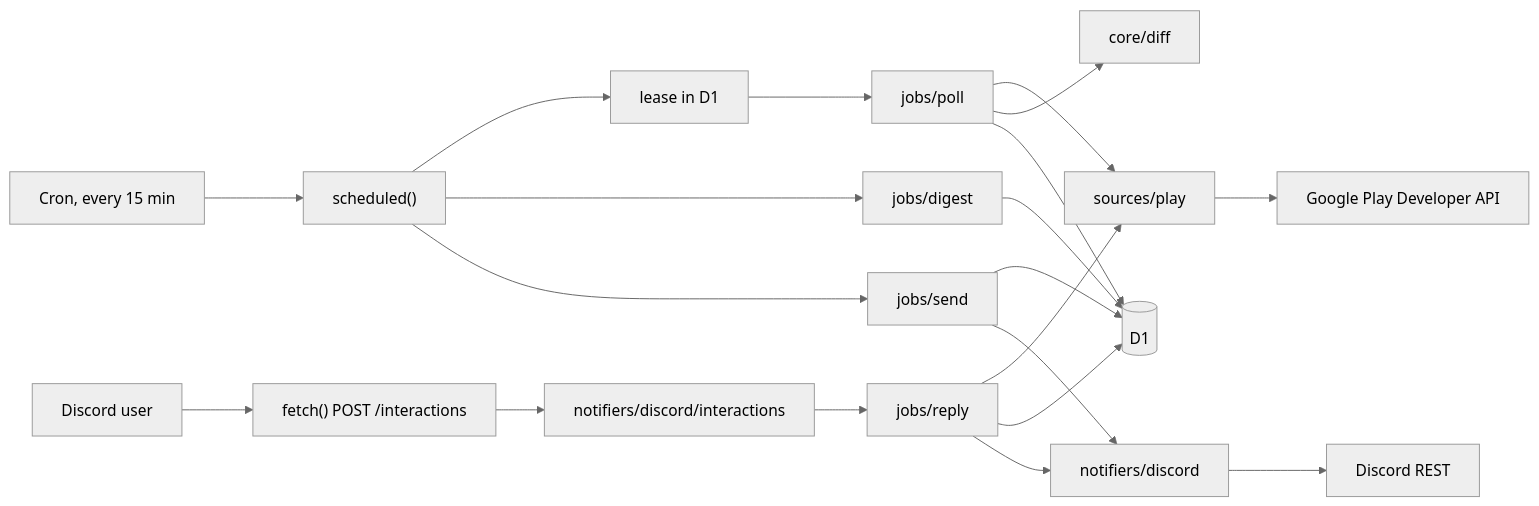
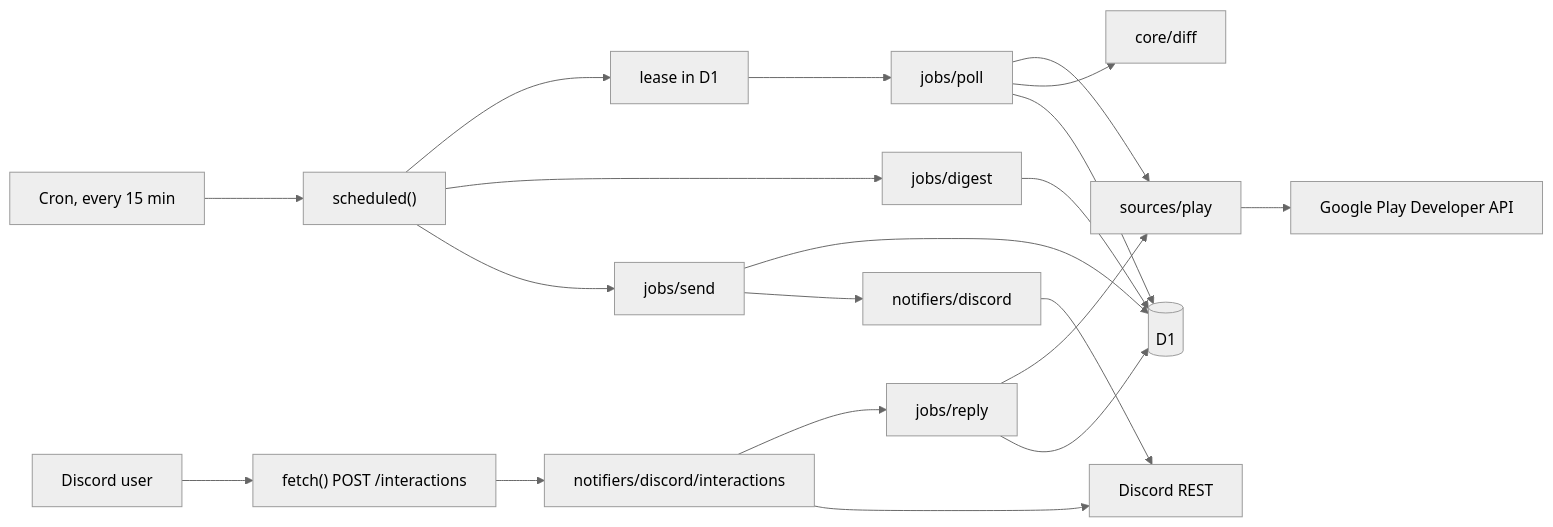
Before and after one commit to FusionFroze/atticus: the first of 2 diagrams in docs/ARCHITECTURE.md, drawn with Mermaid (neutral theme). The commit also changed other lines of this file and 20 other files, not shown here.

Commit message:
v1(4): reply to reviews from Discord

````diff
--- a/docs/ARCHITECTURE.md
+++ b/docs/ARCHITECTURE.md
@@ -13,22 +13,22 @@
 ```mermaid
 flowchart LR
   Cron["Cron, every 15 min"] --> Scheduled["scheduled()"]
   Scheduled --> Lease["lease in D1"]
   Lease --> Poll["jobs/poll"]
   Poll --> Source["sources/play"]
   Source --> Google["Google Play Developer API"]
   Poll --> Diff["core/diff"]
   Poll --> DB[("D1")]
   Scheduled --> DigestJob["jobs/digest"]
   DigestJob --> DB
   Scheduled --> Send["jobs/send"]
   Send --> DB
   Send --> Notifier["notifiers/discord"]
   Notifier --> DiscordApi["Discord REST"]
   User["Discord user"] --> Fetch["fetch() POST /interactions"]
   Fetch --> Interactions["notifiers/discord/interactions"]
   Interactions --> ReplyJob["jobs/reply"]
   ReplyJob --> Source
   ReplyJob --> DB
-  ReplyJob --> Notifier
+  Interactions --> DiscordApi
 ```
````
